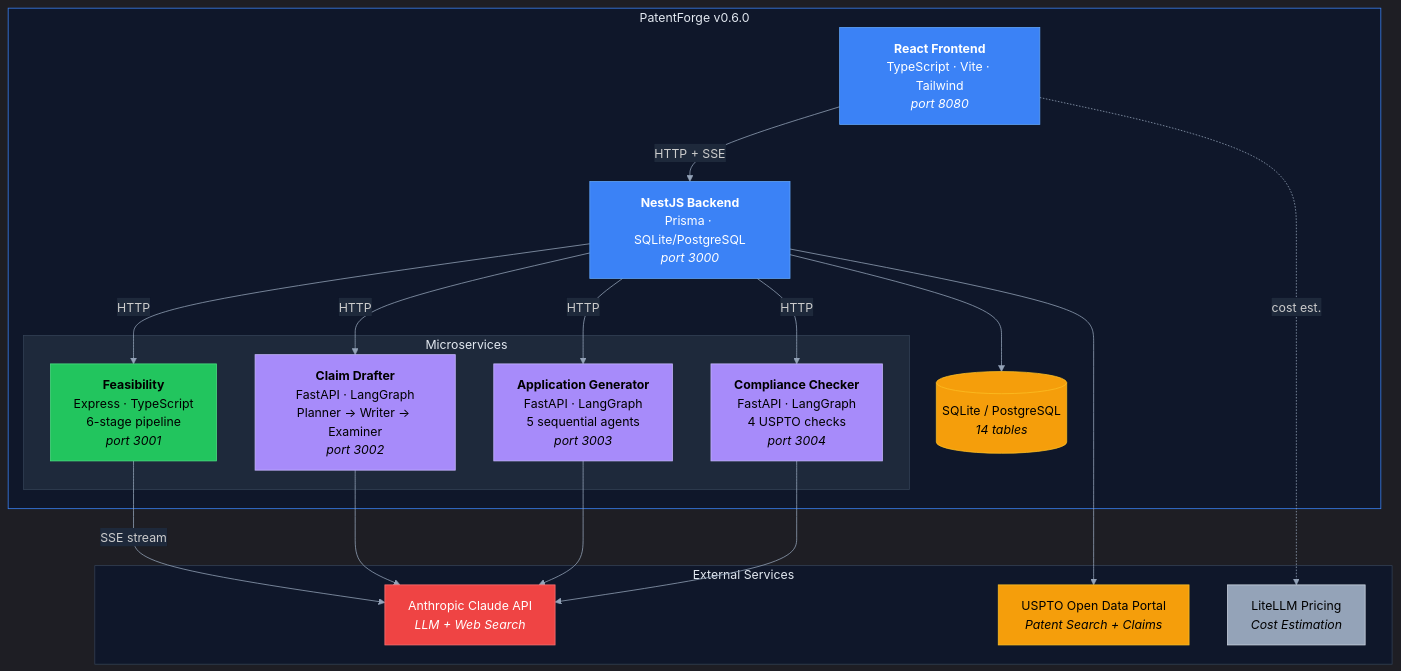
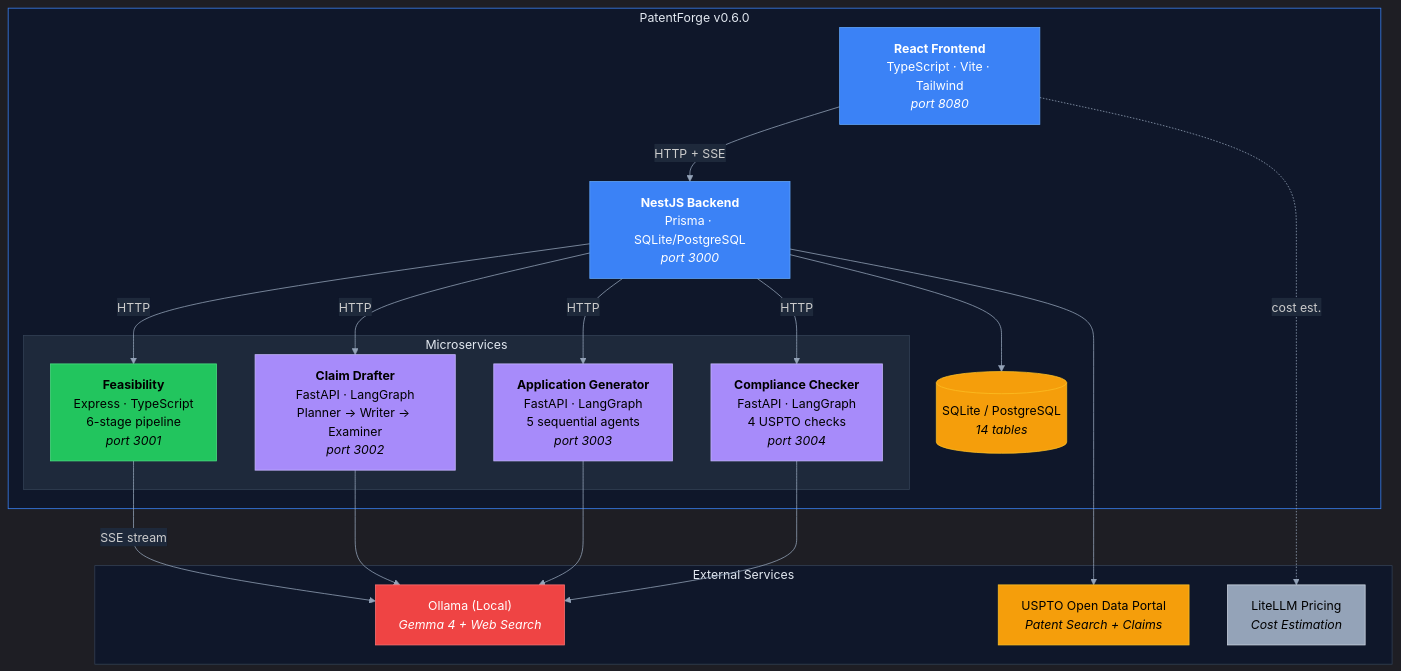
One commit to scottconverse/patentforgelocal changed the diagram in diagrams/architecture.mmd. Above: the diagram before and after it, drawn with Mermaid. The commit also changed 91 other files, not shown here.

First line of the commit message:
feat: replace Anthropic Claude API with Ollama local inference

```diff
--- a/diagrams/architecture.mmd
+++ b/diagrams/architecture.mmd
@@ -1,48 +1,48 @@
 %%{init: {'theme': 'dark', 'themeVariables': {'primaryColor': '#3b82f6', 'primaryTextColor': '#e2e8f0', 'primaryBorderColor': '#60a5fa', 'lineColor': '#94a3b8', 'secondaryColor': '#1e293b', 'tertiaryColor': '#0f172a', 'background': '#0f172a', 'mainBkg': '#1e293b', 'nodeBorder': '#60a5fa', 'clusterBkg': '#1e293b', 'clusterBorder': '#334155', 'titleColor': '#e2e8f0', 'edgeLabelBackground': '#1e293b'}}}%%
 
 flowchart TB
     subgraph EXT["External Services"]
-        ANTH["Anthropic Claude API<br/><i>LLM + Web Search</i>"]
+        OLLAMA["Ollama (Local)<br/><i>Gemma 4 + Web Search</i>"]
         USPTO["USPTO Open Data Portal<br/><i>Patent Search + Claims</i>"]
         LITE["LiteLLM Pricing<br/><i>Cost Estimation</i>"]
     end
 
     subgraph CORE["PatentForge v0.6.0"]
         FE["<b>React Frontend</b><br/>TypeScript · Vite · Tailwind<br/><i>port 8080</i>"]
         BE["<b>NestJS Backend</b><br/>Prisma · SQLite/PostgreSQL<br/><i>port 3000</i>"]
         DB[("SQLite / PostgreSQL<br/><i>14 tables</i>")]
 
         subgraph SERVICES["Microservices"]
             FS["<b>Feasibility</b><br/>Express · TypeScript<br/>6-stage pipeline<br/><i>port 3001</i>"]
             CD["<b>Claim Drafter</b><br/>FastAPI · LangGraph<br/>Planner → Writer → Examiner<br/><i>port 3002</i>"]
             AG["<b>Application Generator</b><br/>FastAPI · LangGraph<br/>5 sequential agents<br/><i>port 3003</i>"]
             CC["<b>Compliance Checker</b><br/>FastAPI · LangGraph<br/>4 USPTO checks<br/><i>port 3004</i>"]
         end
     end
 
     FE -->|"HTTP + SSE"| BE
     BE --> DB
     BE -->|"HTTP"| FS
     BE -->|"HTTP"| CD
     BE -->|"HTTP"| AG
     BE -->|"HTTP"| CC
-    FS -->|"SSE stream"| ANTH
-    CD --> ANTH
-    AG --> ANTH
-    CC --> ANTH
+    FS -->|"SSE stream"| OLLAMA
+    CD --> OLLAMA
+    AG --> OLLAMA
+    CC --> OLLAMA
     BE --> USPTO
     FE -.->|"cost est."| LITE
 
     style EXT fill:#0f172a,stroke:#334155,color:#e2e8f0
     style CORE fill:#0f172a,stroke:#3b82f6,color:#e2e8f0
     style SERVICES fill:#1e293b,stroke:#334155,color:#e2e8f0
     style FE fill:#3b82f6,stroke:#60a5fa,color:#fff
     style BE fill:#3b82f6,stroke:#60a5fa,color:#fff
     style DB fill:#f59e0b,stroke:#fbbf24,color:#000
     style FS fill:#22c55e,stroke:#4ade80,color:#000
     style CD fill:#a78bfa,stroke:#c4b5fd,color:#000
     style AG fill:#a78bfa,stroke:#c4b5fd,color:#000
     style CC fill:#a78bfa,stroke:#c4b5fd,color:#000
-    style ANTH fill:#ef4444,stroke:#f87171,color:#fff
+    style OLLAMA fill:#ef4444,stroke:#f87171,color:#fff
     style USPTO fill:#f59e0b,stroke:#fbbf24,color:#000
     style LITE fill:#94a3b8,stroke:#cbd5e1,color:#000
```
